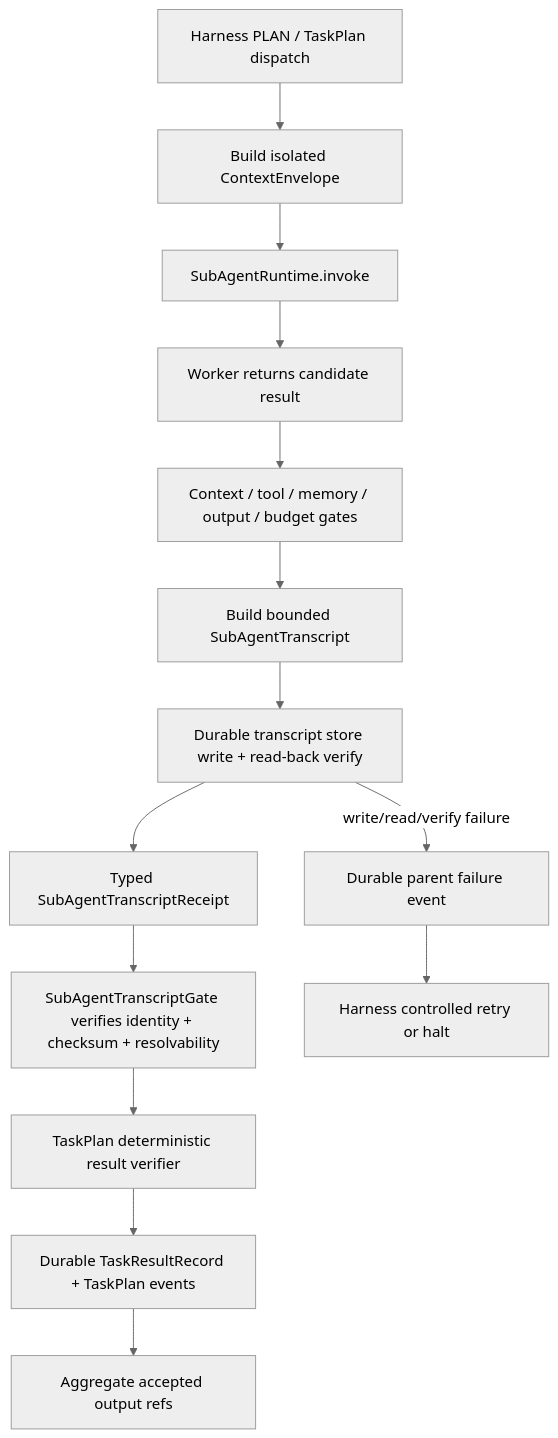
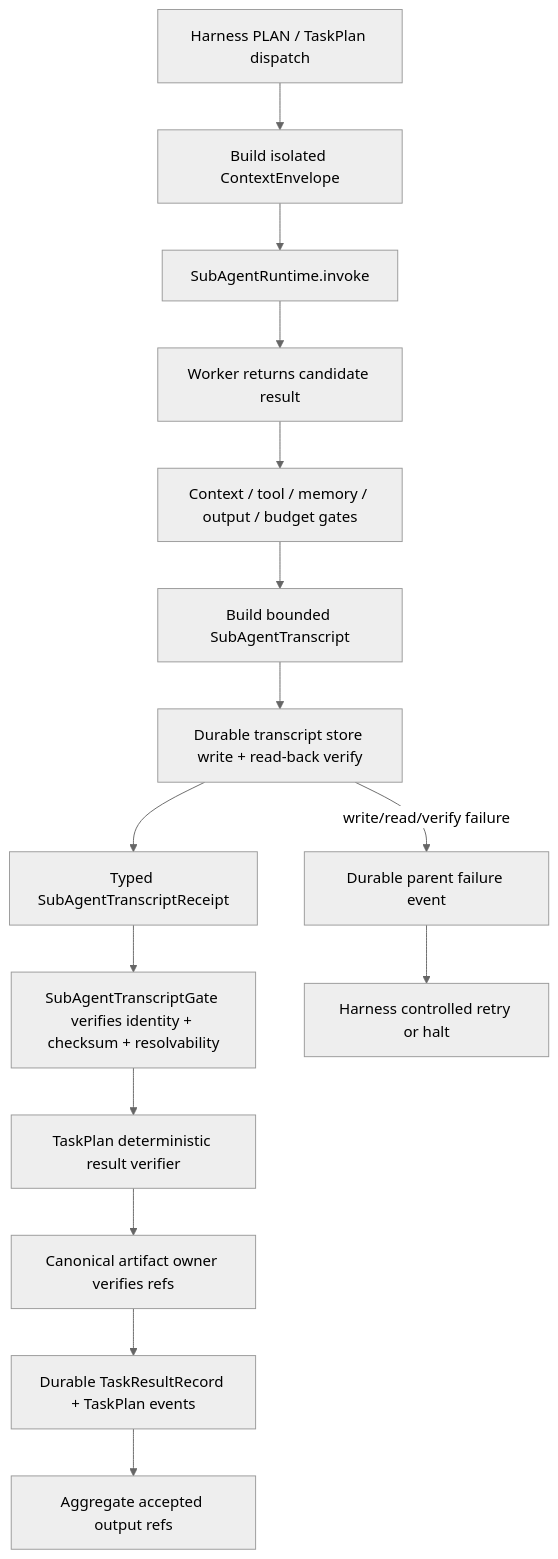
The diagram in docs/prd/harness-research-runtime/27-agent-session-retirement-and-subagent-transcript-durability.md (Devin333/NewsRoom), drawn with Mermaid (neutral theme) before and after one commit. The commit also changed other lines of this file and 2 other files, not shown here.

Commit message:
docs(prd): record agent session delivery evidence

````diff
--- a/docs/prd/harness-research-runtime/27-agent-session-retirement-and-subagent-transcript-durability.md
+++ b/docs/prd/harness-research-runtime/27-agent-session-retirement-and-subagent-transcript-durability.md
@@ -209,16 +227,17 @@
 ```mermaid
 flowchart TD
     P["Harness PLAN / TaskPlan dispatch"] --> C["Build isolated ContextEnvelope"]
     C --> I["SubAgentRuntime.invoke"]
     I --> W["Worker returns candidate result"]
     W --> G["Context / tool / memory / output / budget gates"]
     G --> T["Build bounded SubAgentTranscript"]
     T --> S["Durable transcript store write + read-back verify"]
     S --> R["Typed SubAgentTranscriptReceipt"]
     R --> V["SubAgentTranscriptGate verifies identity + checksum + resolvability"]
     V --> Q["TaskPlan deterministic result verifier"]
-    Q --> D["Durable TaskResultRecord + TaskPlan events"]
+    Q --> O["Canonical artifact owner verifies refs"]
+    O --> D["Durable TaskResultRecord + TaskPlan events"]
     D --> A["Aggregate accepted output refs"]
     S -->|"write/read/verify failure"| F["Durable parent failure event"]
     F --> H["Harness controlled retry or halt"]
 ```
````
